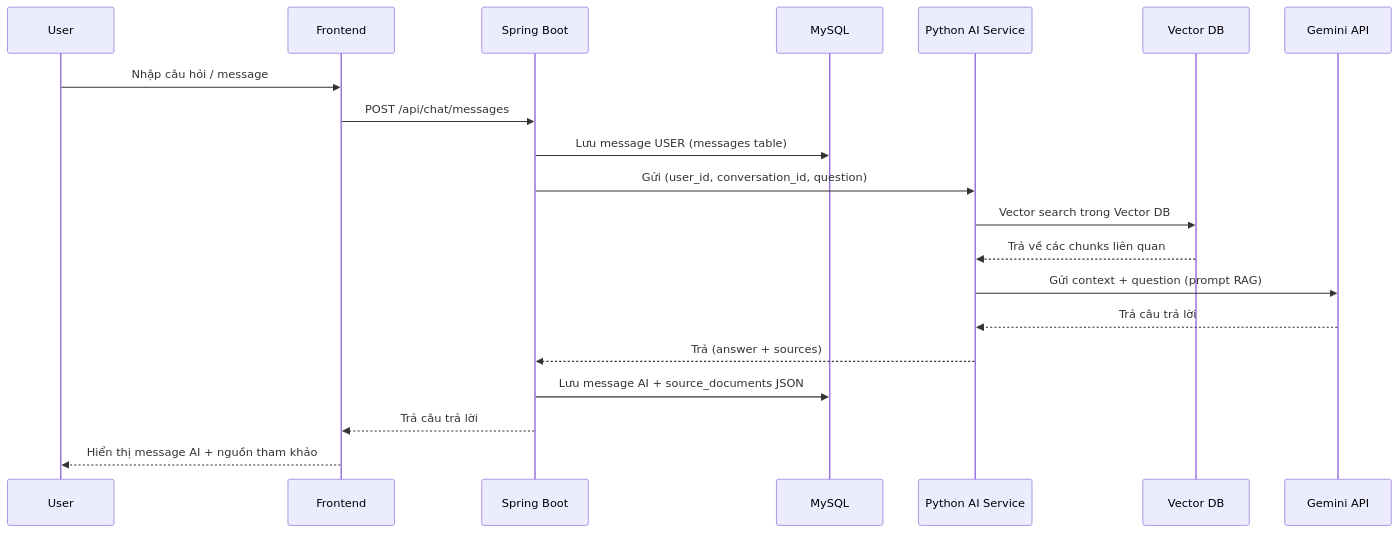
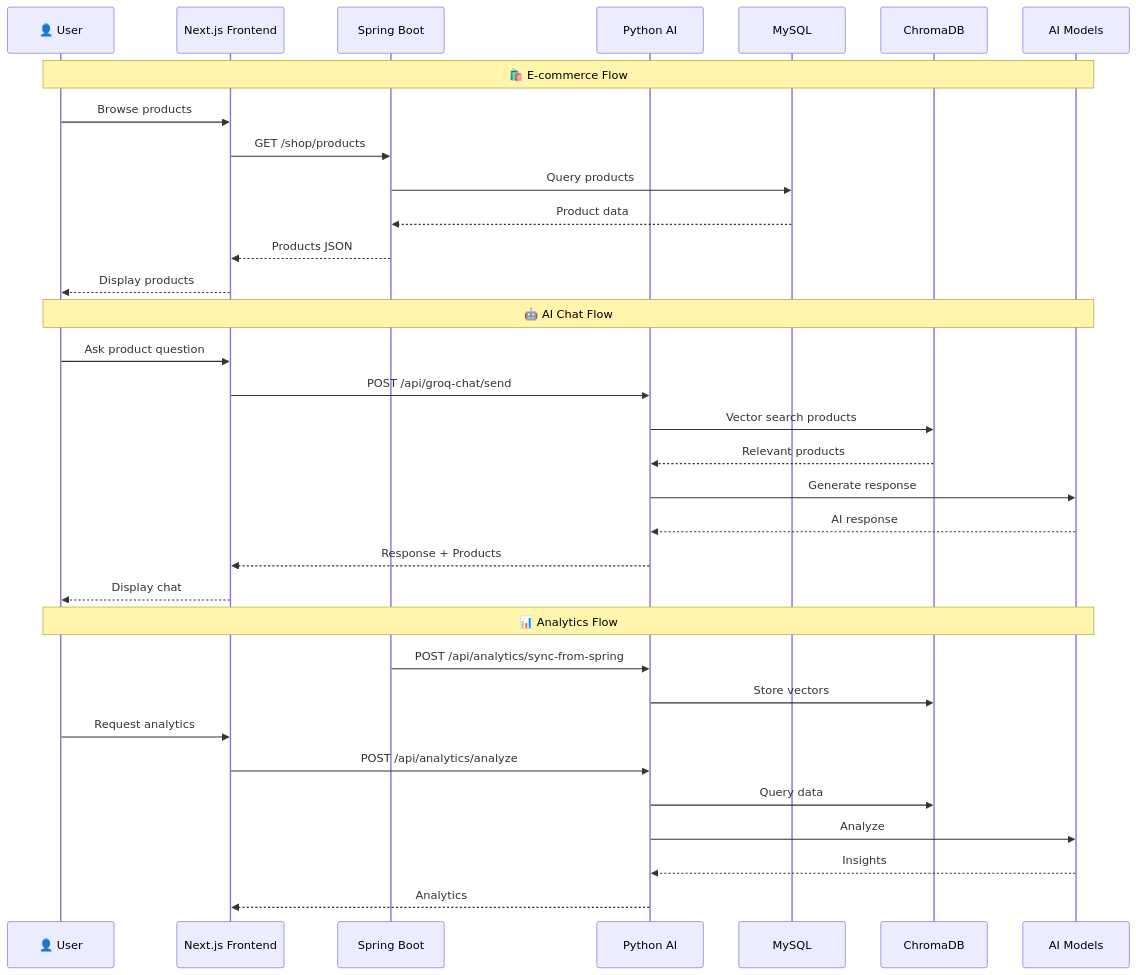
One commit to vanhoangtvu/cn-da22ttd-nguyenvanhoang-AI-Agent-for-Business changed the second of 2 diagrams in README.md. Above: the diagram before and after it, drawn with Mermaid. The commit also changed other lines of this file and 70 other files, not shown here.

````diff
--- a/README.md
+++ b/README.md
@@ -281,23 +115,38 @@
 ```mermaid
 sequenceDiagram
-    participant U as User
-    participant F as Frontend
+    participant U as 👤 User
+    participant F as Next.js Frontend
     participant S as Spring Boot
-    participant D as MySQL
-    participant P as Python AI Service
-    participant V as Vector DB
-    participant G as Gemini API
+    participant P as Python AI
+    participant DB as MySQL
+    participant V as ChromaDB
+    participant AI as AI Models
 
-    U->>F: Nhập câu hỏi / message
-    F->>S: POST /api/chat/messages
-    S->>D: Lưu message USER (messages table)
-    S->>P: Gửi (user_id, conversation_id, question)
-    P->>V: Vector search trong Vector DB
-    V-->>P: Trả về các chunks liên quan
-    P->>G: Gửi context + question (prompt RAG)
-    G-->>P: Trả câu trả lời
-    P-->>S: Trả (answer + sources)
-    S->>D: Lưu message AI + source_documents JSON
-    S-->>F: Trả câu trả lời
-    F-->>U: Hiển thị message AI + nguồn tham khảo
+    Note over U,AI: 🛍️ E-commerce Flow
+    U->>F: Browse products
+    F->>S: GET /shop/products
+    S->>DB: Query products
+    DB-->>S: Product data
+    S-->>F: Products JSON
+    F-->>U: Display products
+
+    Note over U,AI: 🤖 AI Chat Flow
+    U->>F: Ask product question
+    F->>P: POST /api/groq-chat/send
+    P->>V: Vector search products
+    V-->>P: Relevant products
+    P->>AI: Generate response
+    AI-->>P: AI response
+    P-->>F: Response + Products
+    F-->>U: Display chat
+
+    Note over U,AI: 📊 Analytics Flow
+    S->>P: POST /api/analytics/sync-from-spring
+    P->>V: Store vectors
+    U->>F: Request analytics
+    F->>P: POST /api/analytics/analyze
+    P->>V: Query data
+    P->>AI: Analyze
+    AI-->>P: Insights
+    P-->>F: Analytics
 ```
````
